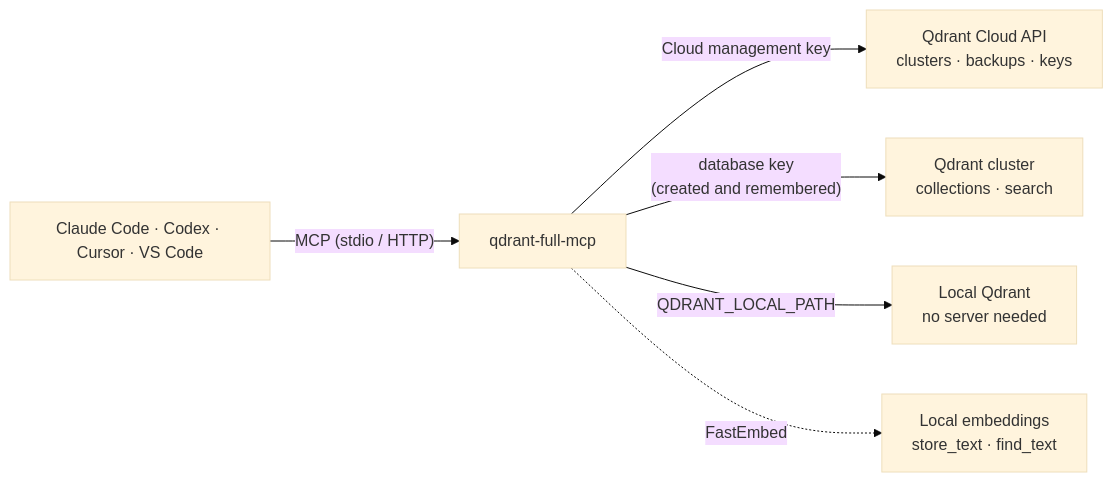
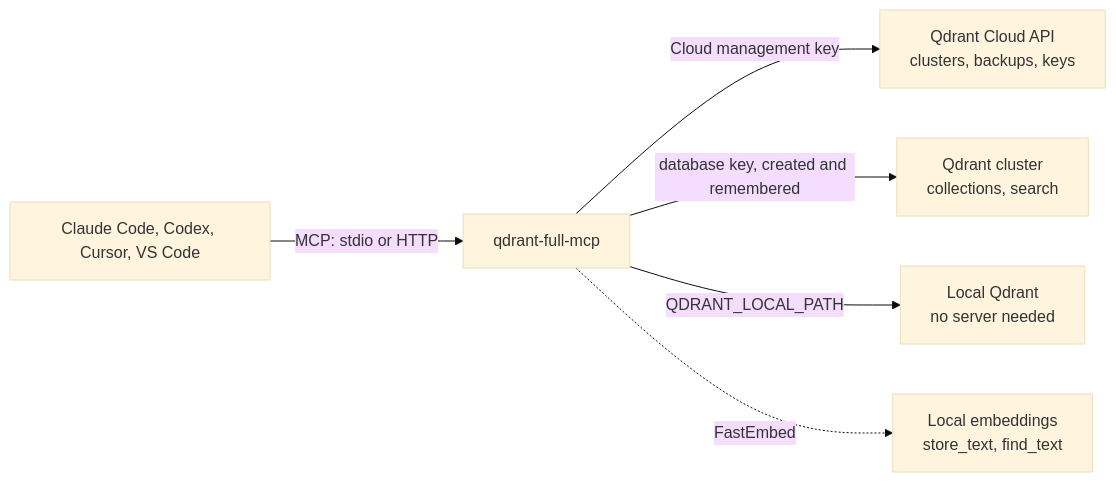
The diagram in README.md (Jeevav62/qdrant-full-mcp), drawn with Mermaid (base theme) before and after one commit.

Commit message:
docs: fix architecture diagram syntax for GitHub

````diff
--- a/README.md
+++ b/README.md
@@ -158,8 +158,8 @@
 ```mermaid
 flowchart LR
-    A["Claude Code · Codex · Cursor · VS Code"] -- "MCP (stdio / HTTP)" --> B["qdrant-full-mcp"]
-    B -- "Cloud management key" --> C["Qdrant Cloud API<br/>clusters · backups · keys"]
-    B -- "database key<br/>(created and remembered)" --> D["Qdrant cluster<br/>collections · search"]
-    B -- "QDRANT_LOCAL_PATH" --> E["Local Qdrant<br/>no server needed"]
-    B -. "FastEmbed" .-> F["Local embeddings<br/>store_text · find_text"]
+    A["Claude Code, Codex, Cursor, VS Code"] -->|"MCP: stdio or HTTP"| B["qdrant-full-mcp"]
+    B -->|"Cloud management key"| C["Qdrant Cloud API<br/>clusters, backups, keys"]
+    B -->|"database key, created and remembered"| D["Qdrant cluster<br/>collections, search"]
+    B -->|"QDRANT_LOCAL_PATH"| E["Local Qdrant<br/>no server needed"]
+    B -.->|"FastEmbed"| F["Local embeddings<br/>store_text, find_text"]
 ```
````
